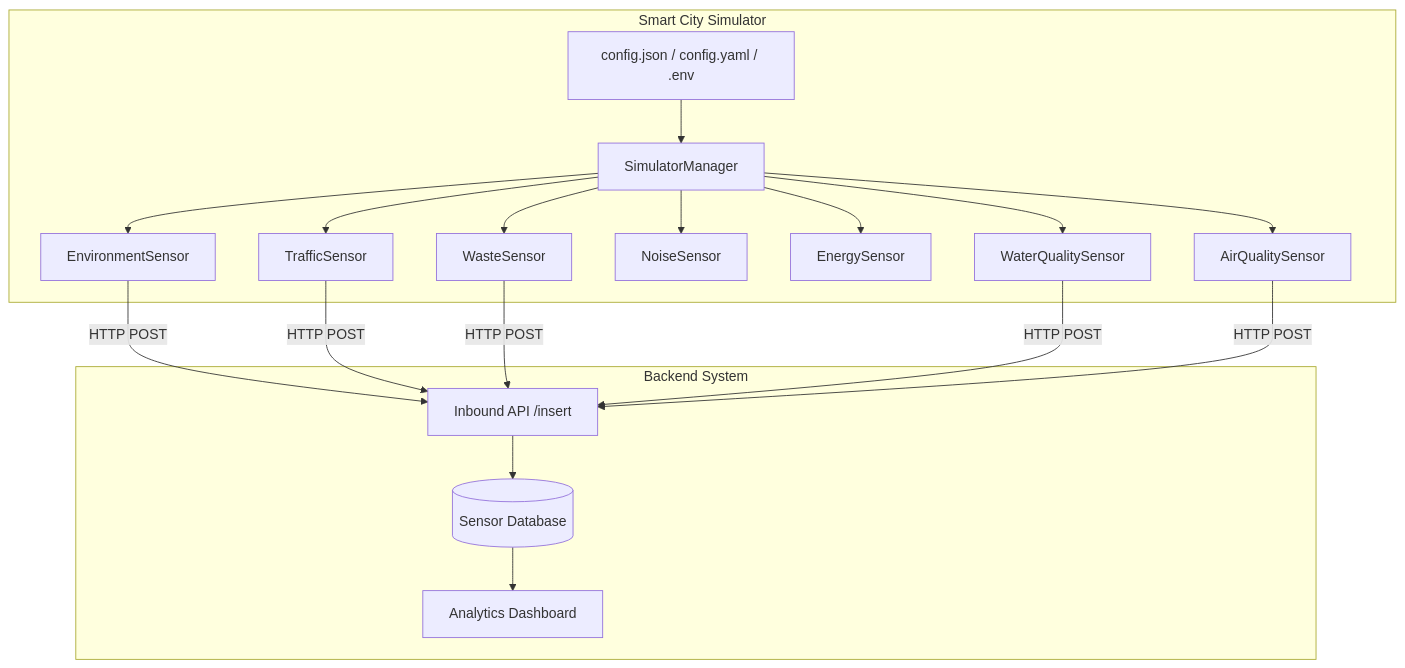
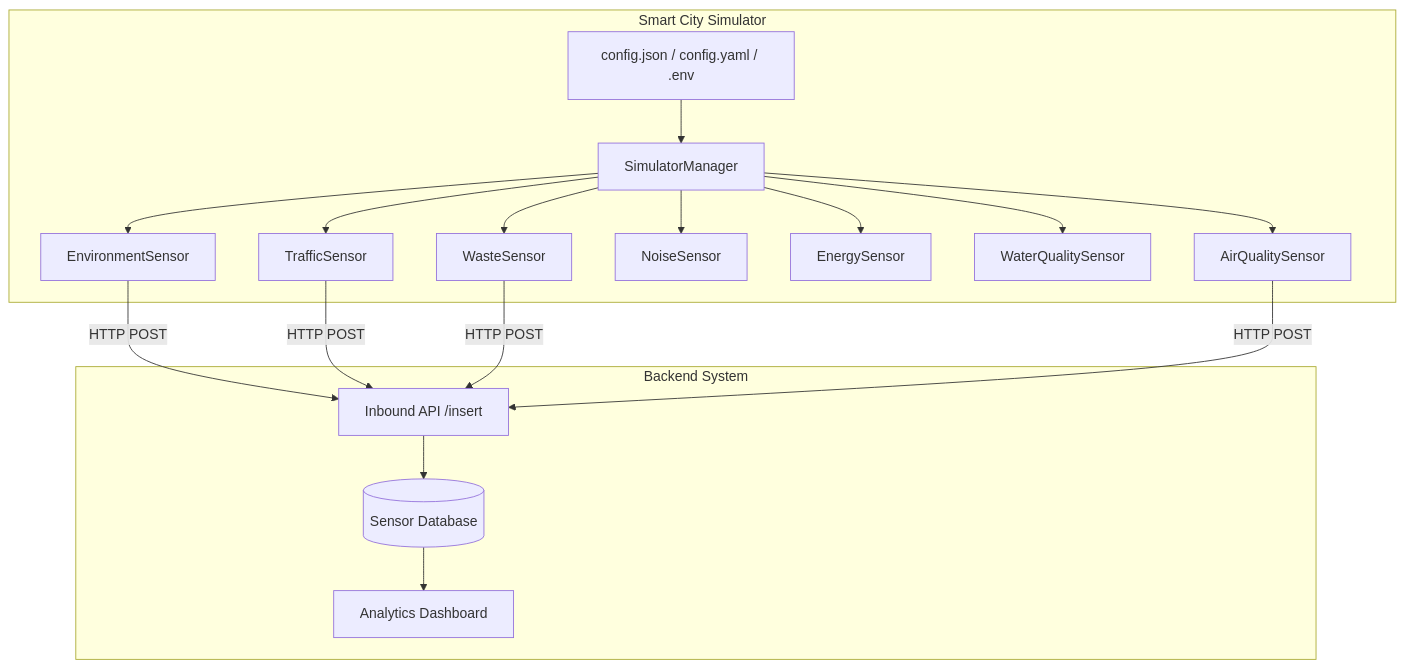
Before and after one commit to SricharanAsr/Distributed-Systems-Smart-City-Sensor-Project-Simulator-: the diagram in README.md, drawn with Mermaid. The commit also changed other lines of this file, not shown here.

````diff
--- a/README.md
+++ b/README.md
@@ -7,24 +7,23 @@
 ```mermaid.
 graph TD
     subgraph "Smart City Simulator"
         Config[config.json / config.yaml / .env] --> Sim[SimulatorManager]
         Sim --> ES[EnvironmentSensor]
         Sim --> TS[TrafficSensor]
         Sim --> WS[WasteSensor]
         Sim --> NS[NoiseSensor]
         Sim --> EnS[EnergySensor]
         Sim --> WQS[WaterQualitySensor]
         Sim --> AQS[AirQualitySensor]
     end
 
     subgraph "Backend System"
         API[Inbound API /insert] --> DB[(Sensor Database)]
         DB --> Dashboard[Analytics Dashboard]
     end
 
     ES -- HTTP POST --> API
     TS -- HTTP POST --> API
     WS -- HTTP POST --> API
-    WQS -- HTTP POST --> API
     AQS -- HTTP POST --> API
 ```
````
